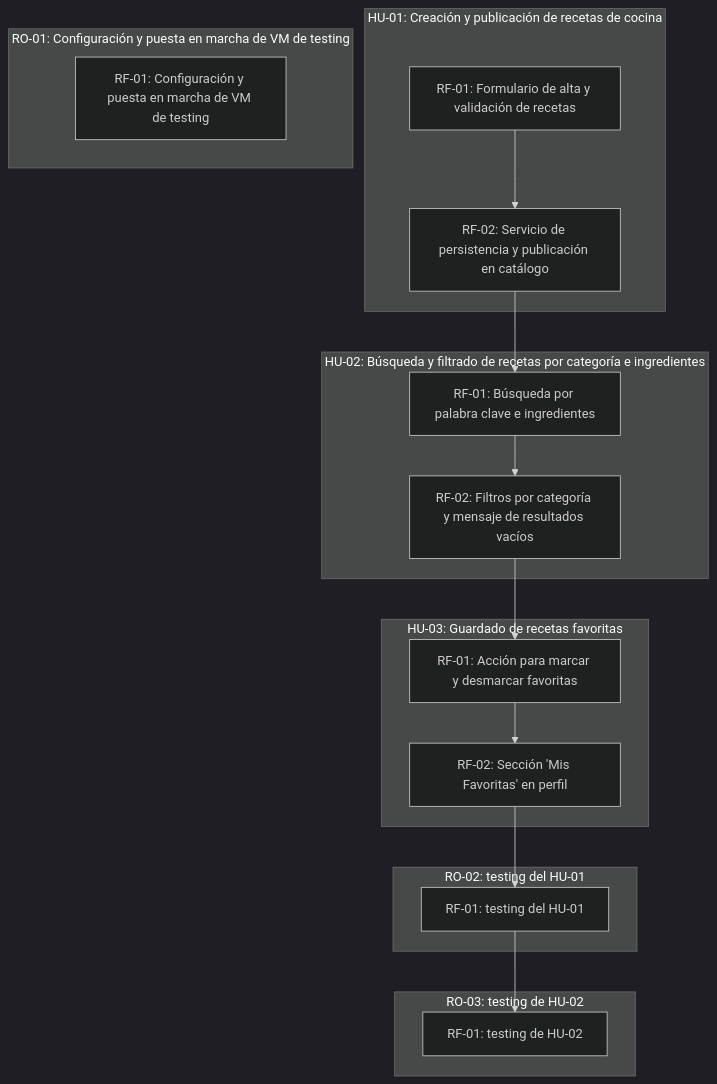
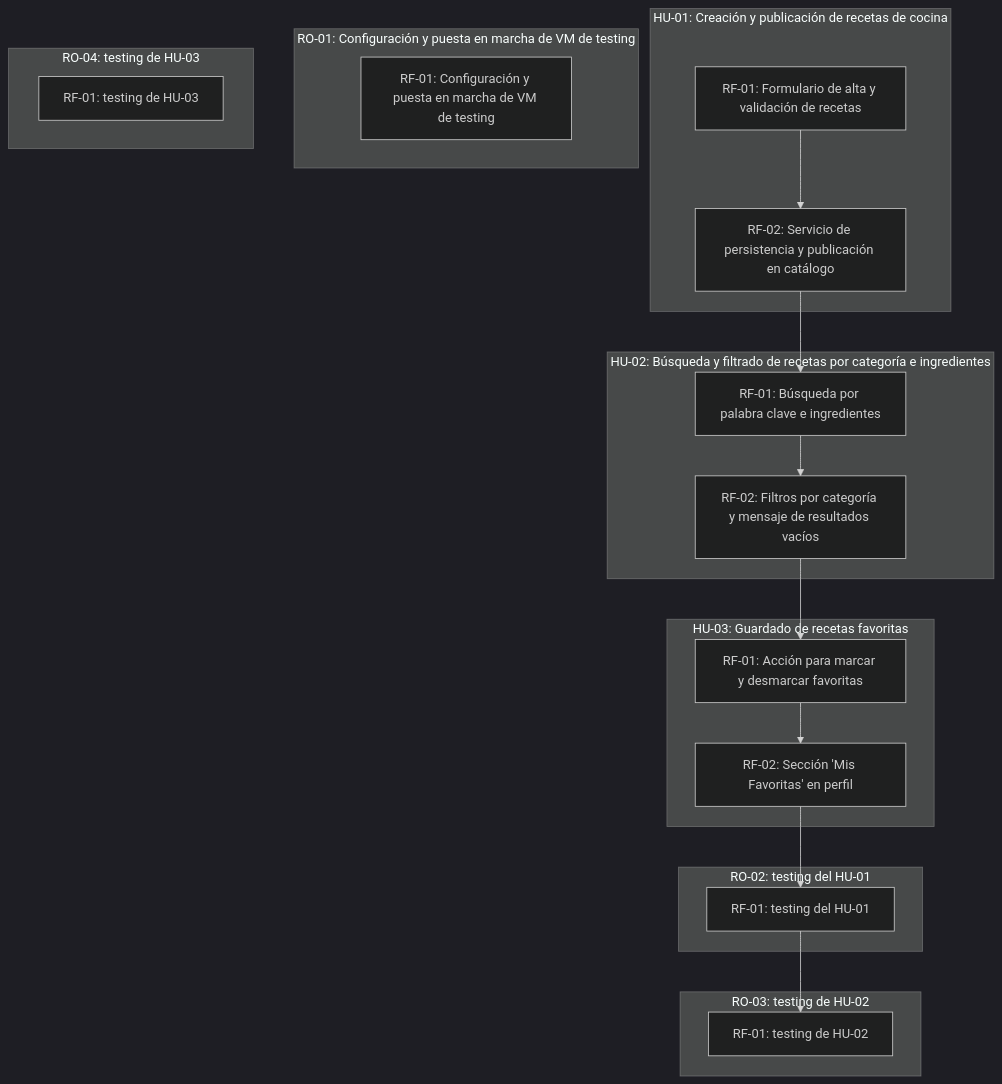
Before and after one commit to SVGiannoni/RecetasPanaRossi: the diagram in scrumDocs/grafo.md, drawn with Mermaid (dark theme). The commit also changed other lines of this file, not shown here.

Commit message:
Auto-publish: actualiza scrumDocs/grafo.md

````diff
--- a/scrumDocs/grafo.md
+++ b/scrumDocs/grafo.md
@@ -5,31 +5,34 @@
 ```mermaid
 graph TD
   subgraph US_1788784804716["HU-01: Creación y publicación de recetas de cocina"]
     REQ_1788785182545["RF-01: Formulario de alta y validación de recetas"]
     REQ_1788785196739["RF-02: Servicio de persistencia y publicación en catálogo"]
   end
   subgraph US_1788784817567["HU-02: Búsqueda y filtrado de recetas por categoría e ingredientes"]
     REQ_1788785446610["RF-01: Búsqueda por palabra clave e ingredientes"]
     REQ_1788785477255["RF-02: Filtros por categoría y mensaje de resultados vacíos"]
   end
   subgraph US_1788784829317["HU-03: Guardado de recetas favoritas"]
     REQ_1788785498187["RF-01: Acción para marcar y desmarcar favoritas"]
     REQ_1788785510602["RF-02: Sección 'Mis Favoritas' en perfil"]
   end
   subgraph US_1788785524805["RO-01: Configuración y puesta en marcha de VM de testing"]
     REQ_1788785524811["RF-01: Configuración y puesta en marcha de VM de testing"]
   end
   subgraph US_1788790818388["RO-02: testing del HU-01"]
     REQ_1788790818395["RF-01: testing del HU-01"]
   end
   subgraph US_1788790905857["RO-03: testing de HU-02"]
     REQ_1788790905863["RF-01: testing de HU-02"]
   end
+  subgraph US_1788790968088["RO-04: testing de HU-03"]
+    REQ_1788790968095["RF-01: testing de HU-03"]
+  end
   REQ_1788785182545 --> REQ_1788785196739
   REQ_1788785196739 --> REQ_1788785446610
   REQ_1788785446610 --> REQ_1788785477255
   REQ_1788785477255 --> REQ_1788785498187
   REQ_1788785498187 --> REQ_1788785510602
   REQ_1788785510602 --> REQ_1788790818395
   REQ_1788790818395 --> REQ_1788790905863
 ```
````
